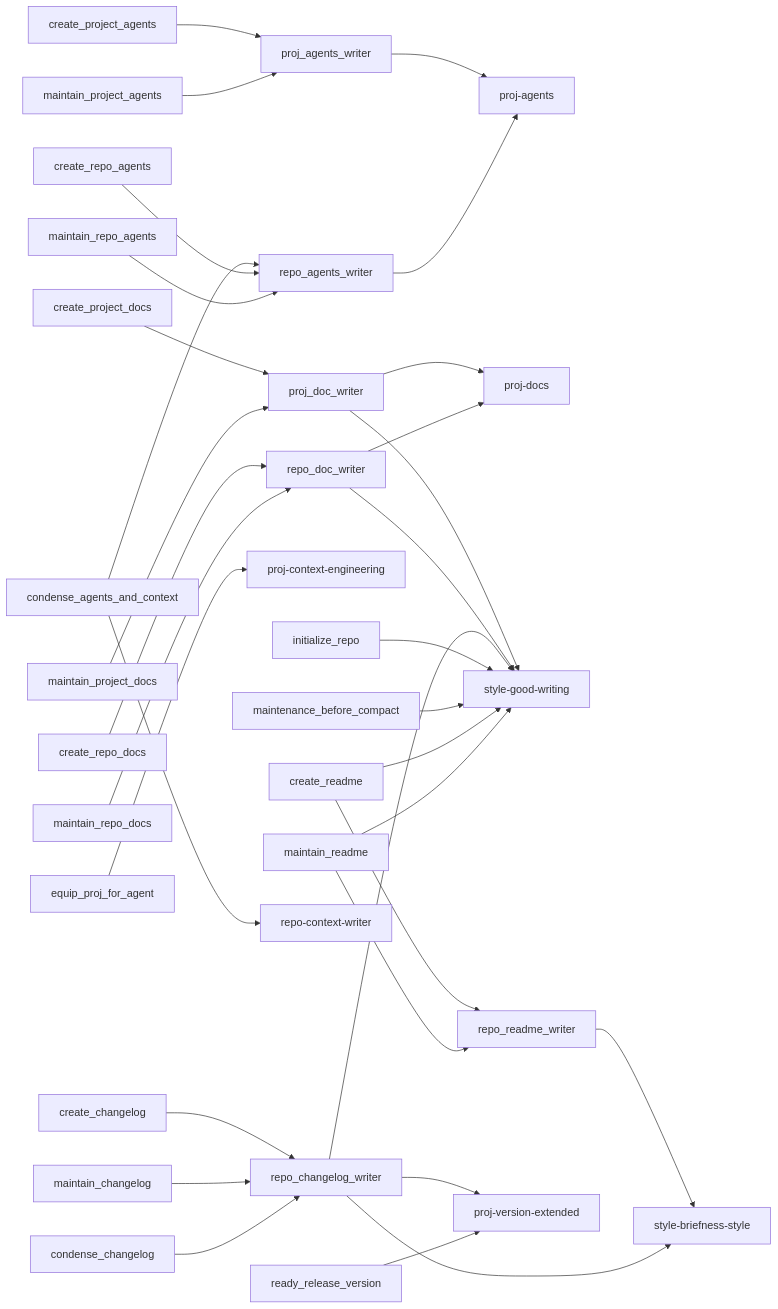
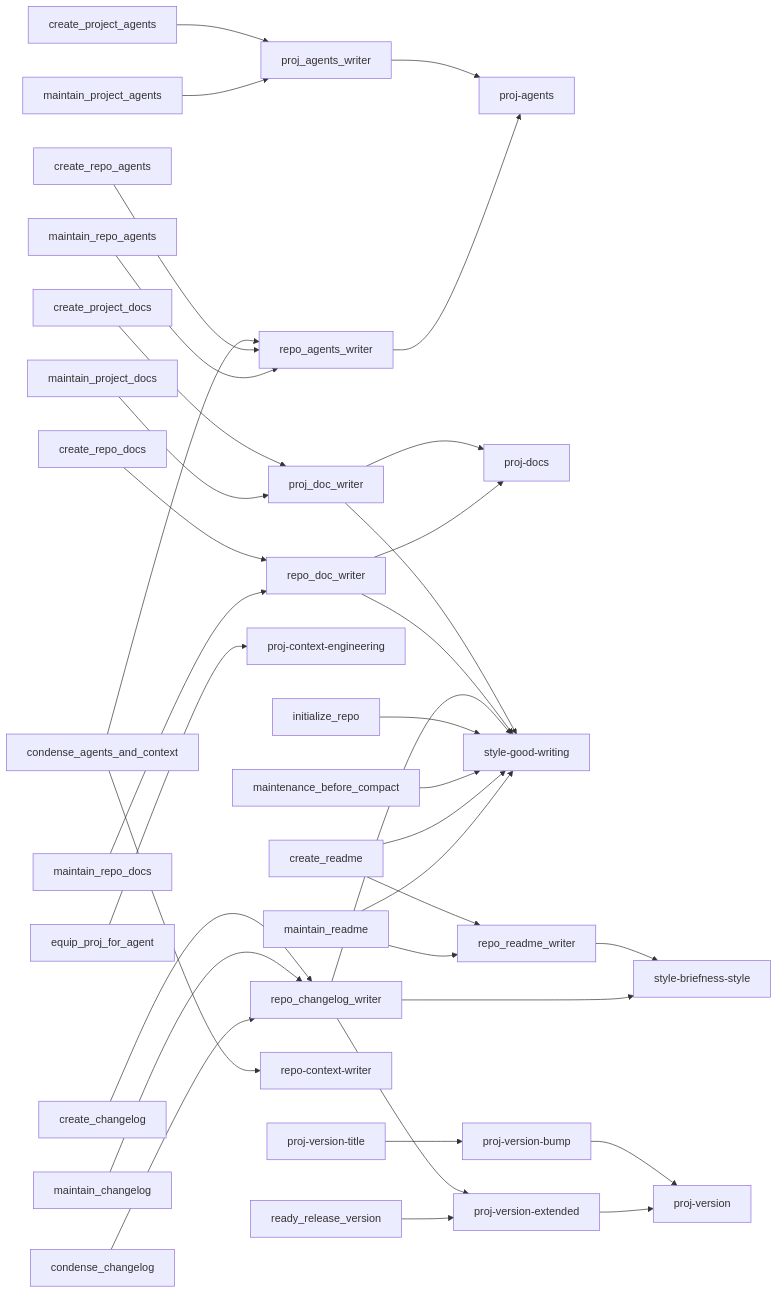
Before and after one commit to kami-lel/kaye-library: the second of 7 diagrams in docs/blueprint-doc.md, drawn with Mermaid. The commit also changed 4 other files, not shown here.

First line of the commit message:
register version title blueprint w/ bump base; add merge title table

````diff
--- a/docs/blueprint-doc.md
+++ b/docs/blueprint-doc.md
@@ -36,34 +36,37 @@
 ```mermaid
 flowchart LR
     proj_agents_writer --> proj_agents["proj-agents"]
     repo_agents_writer --> proj_agents
     proj_doc_writer --> proj_docs["proj-docs"]
     repo_doc_writer --> proj_docs
     proj_doc_writer --> style_good_writing["style-good-writing"]
     repo_doc_writer --> style_good_writing
     equip_proj_for_agent --> proj_context_engineering["proj-context-engineering"]
     repo_readme_writer --> style_briefness_style["style-briefness-style"]
     repo_changelog_writer --> style_briefness_style
     repo_changelog_writer --> proj_version_extended["proj-version-extended"]
     repo_changelog_writer --> style_good_writing
     ready_release_version --> proj_version_extended
+    proj_version_title["proj-version-title"] --> proj_version_bump["proj-version-bump"]
+    proj_version_bump --> proj_version["proj-version"]
+    proj_version_extended --> proj_version
     initialize_repo --> style_good_writing
     maintenance_before_compact --> style_good_writing
     condense_agents_and_context --> repo_agents_writer
     condense_agents_and_context --> repo_context_writer["repo-context-writer"]
     create_project_agents --> proj_agents_writer
     maintain_project_agents --> proj_agents_writer
     create_project_docs --> proj_doc_writer
     maintain_project_docs --> proj_doc_writer
     create_readme --> repo_readme_writer
     maintain_readme --> repo_readme_writer
     create_readme --> style_good_writing
     maintain_readme --> style_good_writing
     create_changelog --> repo_changelog_writer
     maintain_changelog --> repo_changelog_writer
     condense_changelog --> repo_changelog_writer
     create_repo_agents --> repo_agents_writer
     maintain_repo_agents --> repo_agents_writer
     create_repo_docs --> repo_doc_writer
     maintain_repo_docs --> repo_doc_writer
 ```
````
